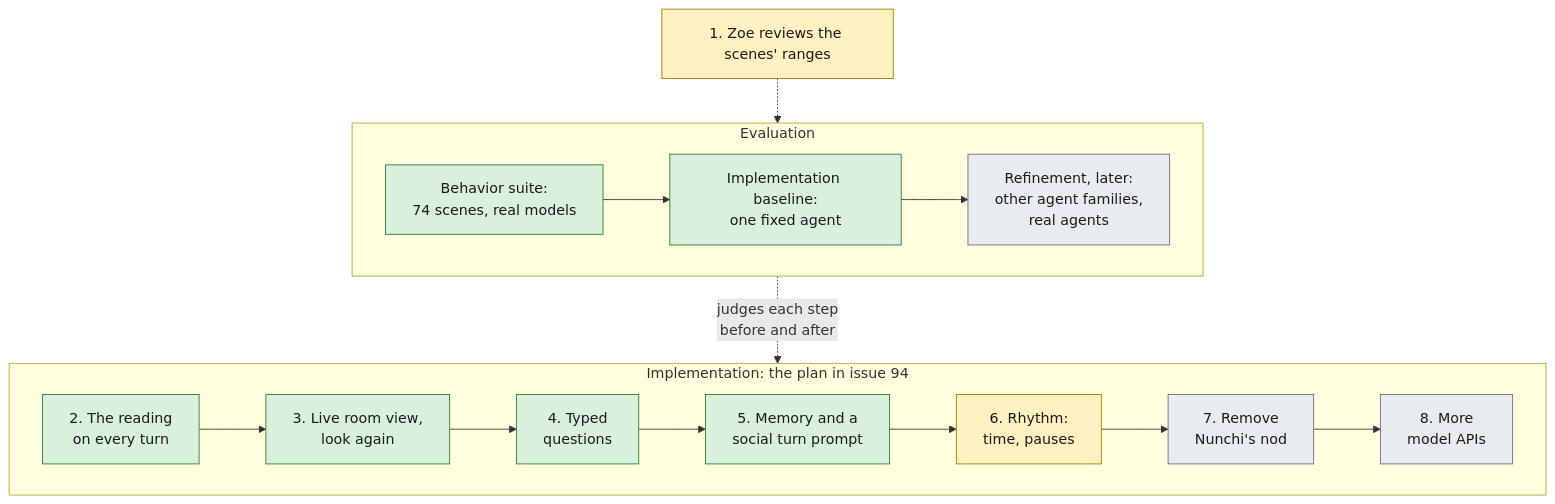
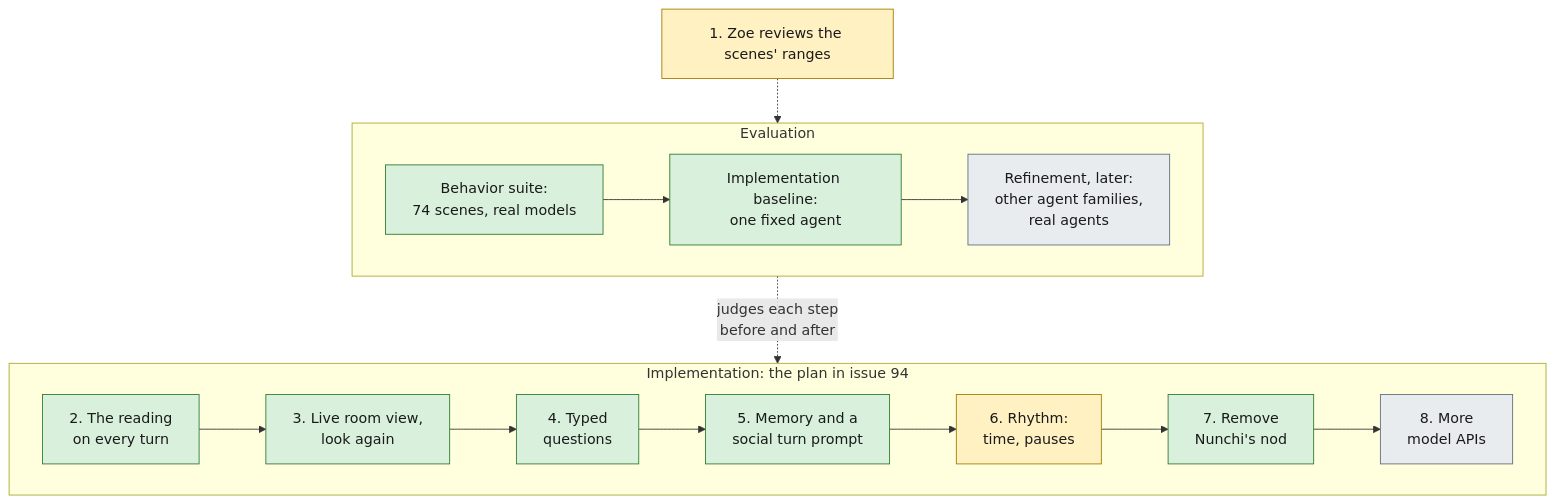
Before and after one commit to mentatzoe/nunchi: the third of 3 diagrams in README.md, drawn with Mermaid. The commit also changed other lines of this file and 71 other files, not shown here.

````diff
--- a/README.md
+++ b/README.md
@@ -85,27 +85,27 @@
 ```mermaid
 flowchart TB
     classDef done fill:#d8f0dc,stroke:#2e7d32,color:#1a1a1a
     classDef next fill:#fff1c2,stroke:#a67c00,color:#1a1a1a
     classDef later fill:#e8ecef,stroke:#607080,color:#1a1a1a
     subgraph build["Implementation: the plan in issue 94"]
         direction LR
         p2["2. The reading<br/>on every turn"]:::done
         p3["3. Live room view,<br/>look again"]:::done
         p4["4. Typed<br/>questions"]:::done
         p5["5. Memory and a<br/>social turn prompt"]:::done
         p6["6. Rhythm:<br/>time, pauses"]:::next
-        p7["7. Remove<br/>Nunchi's nod"]:::later
+        p7["7. Remove<br/>Nunchi's nod"]:::done
         p8["8. More<br/>model APIs"]:::later
         p2 --> p3 --> p4 --> p5 --> p6 --> p7 --> p8
     end
     subgraph measure["Evaluation"]
         direction LR
         e1["Behavior suite:<br/>74 scenes, real models"]:::done
         e2["Implementation baseline:<br/>one fixed agent"]:::done
         e3["Refinement, later:<br/>other agent families,<br/>real agents"]:::later
         e1 --> e2 --> e3
     end
     p1["1. Zoe reviews the scenes' ranges"]:::next
     p1 -.-> measure
     measure -. "judges each step<br/>before and after" .-> build
 ```
````
